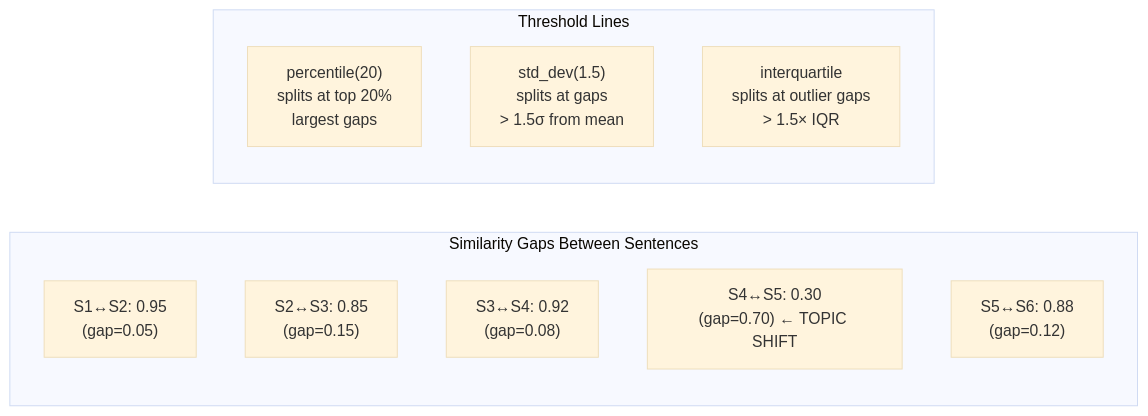
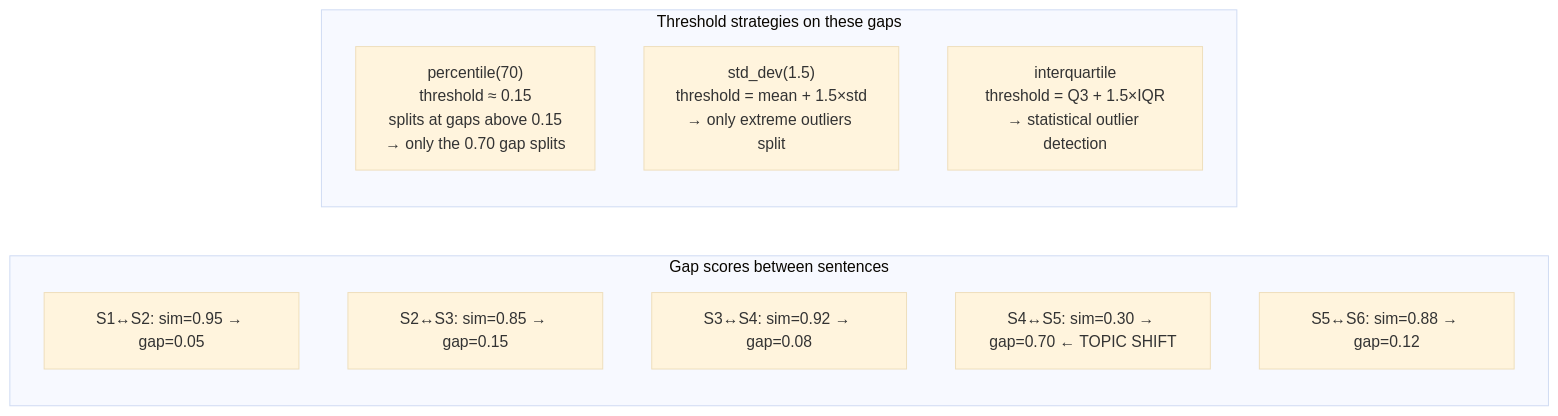
One commit to mdhasnainali/explore-rag-techniques changed the second of 2 diagrams in 1_Chunking_Techniques/4_semantic_chunking/README.md. Above: the diagram before and after it, drawn with Mermaid (base theme). The commit also changed other lines of this file and 3 other files, not shown here.

````diff
--- a/1_Chunking_Techniques/4_semantic_chunking/README.md
+++ b/1_Chunking_Techniques/4_semantic_chunking/README.md
@@ -109,16 +128,16 @@
 ```mermaid
 flowchart LR
-    subgraph "Similarity Gaps Between Sentences"
+    subgraph gaps["Gap scores between sentences"]
         direction TB
-        G1["S1↔S2: 0.95\n(gap=0.05)"] 
-        G2["S2↔S3: 0.85\n(gap=0.15)"]
-        G3["S3↔S4: 0.92\n(gap=0.08)"]
-        G4["S4↔S5: 0.30\n(gap=0.70) ← TOPIC SHIFT"]
-        G5["S5↔S6: 0.88\n(gap=0.12)"]
+        G1["S1↔S2: sim=0.95 → gap=0.05"]
+        G2["S2↔S3: sim=0.85 → gap=0.15"]
+        G3["S3↔S4: sim=0.92 → gap=0.08"]
+        G4["S4↔S5: sim=0.30 → gap=0.70 ← TOPIC SHIFT"]
+        G5["S5↔S6: sim=0.88 → gap=0.12"]
     end
-    subgraph "Threshold Lines"
-        P["percentile(20)\nsplits at top 20%\nlargest gaps"]
-        S["std_dev(1.5)\nsplits at gaps\n> 1.5σ from mean"]
-        I["interquartile\nsplits at outlier gaps\n> 1.5× IQR"]
+    subgraph strategies["Threshold strategies on these gaps"]
+        P["percentile(70)\nthreshold ≈ 0.15\nsplits at gaps above 0.15\n→ only the 0.70 gap splits"]
+        SD["std_dev(1.5)\nthreshold = mean + 1.5×std\n→ only extreme outliers split"]
+        IQ["interquartile\nthreshold = Q3 + 1.5×IQR\n→ statistical outlier detection"]
     end
 ```
````
